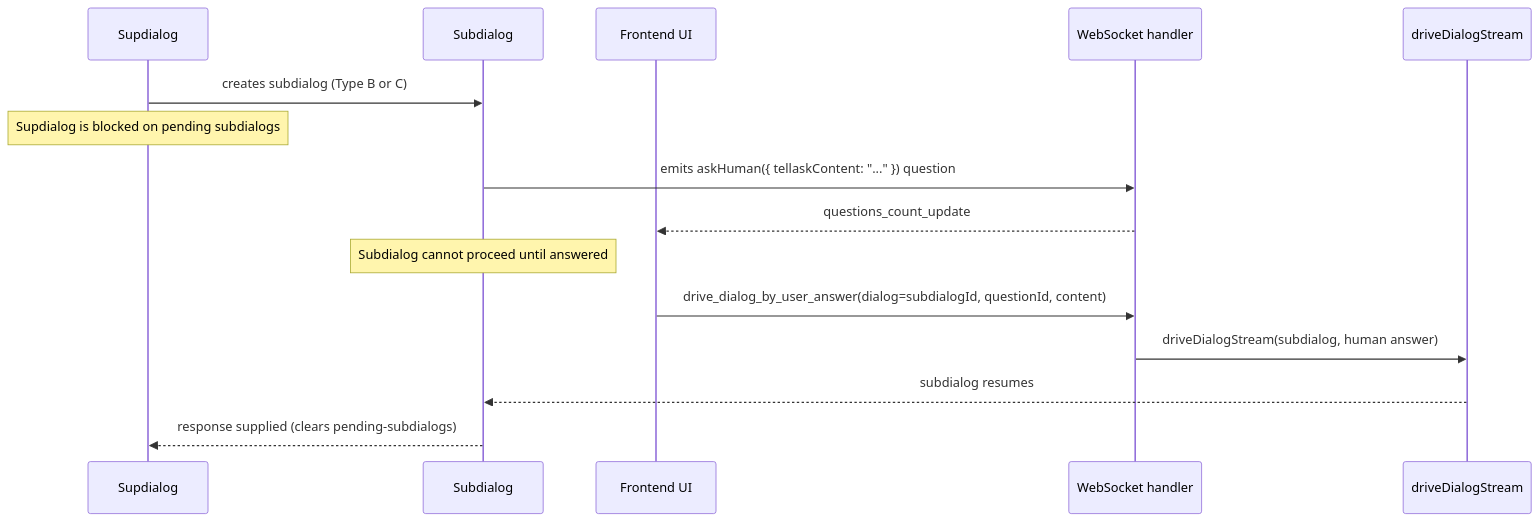
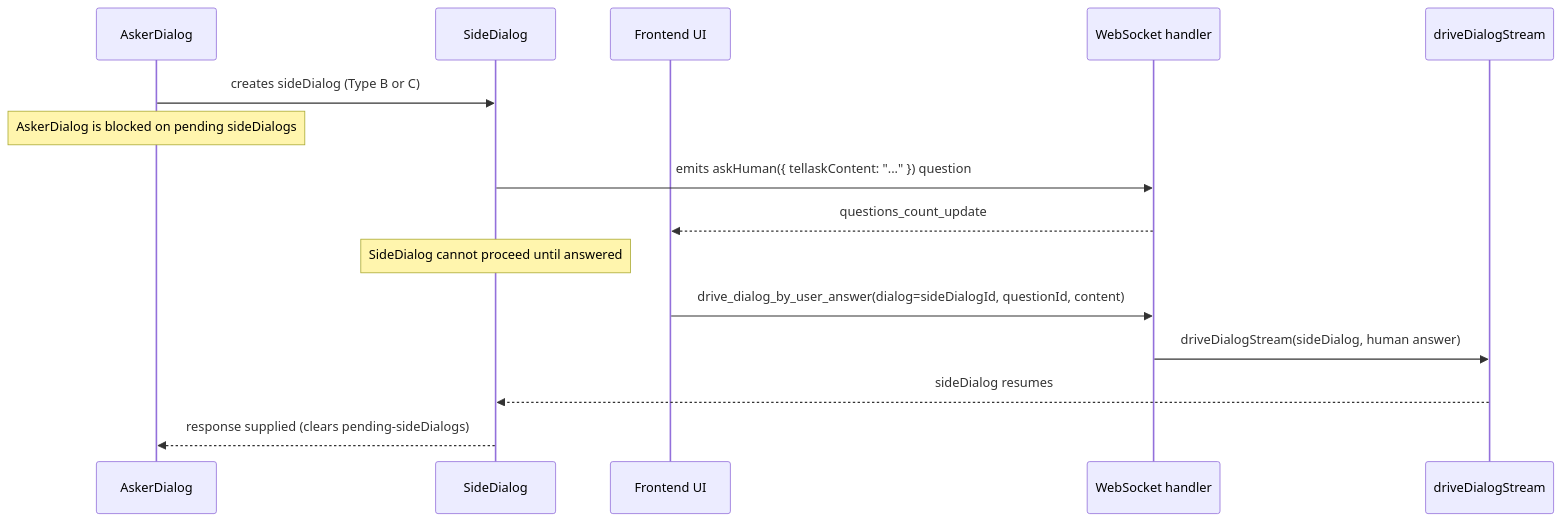
The fourth of 18 diagrams in docs/dialog-system.md (longrun-ai/dominds), drawn with Mermaid before and after one commit. The commit also changed other lines of this file and 195 other files, not shown here.

````diff
--- a/docs/dialog-system.md
+++ b/docs/dialog-system.md
@@ -658,20 +658,20 @@
 ```mermaid
 sequenceDiagram
-  participant Sup as Supdialog
-  participant Sub as Subdialog
+  participant Asker as AskerDialog
+  participant Side as SideDialog
   participant UI as Frontend UI
   participant WS as WebSocket handler
   participant Driver as driveDialogStream
 
-  Sup->>Sub: creates subdialog (Type B or C)
-  Note over Sup: Supdialog is blocked on pending subdialogs
+  Asker->>Side: creates sideDialog (Type B or C)
+  Note over Asker: AskerDialog is blocked on pending sideDialogs
 
-  Sub->>WS: emits askHuman({ tellaskContent: "..." }) question
+  Side->>WS: emits askHuman({ tellaskContent: "..." }) question
   WS-->>UI: questions_count_update
-  Note over Sub: Subdialog cannot proceed until answered
+  Note over Side: SideDialog cannot proceed until answered
 
-  UI->>WS: drive_dialog_by_user_answer(dialog=subdialogId, questionId, content)
-  WS->>Driver: driveDialogStream(subdialog, human answer)
-  Driver-->>Sub: subdialog resumes
-  Sub-->>Sup: response supplied (clears pending-subdialogs)
+  UI->>WS: drive_dialog_by_user_answer(dialog=sideDialogId, questionId, content)
+  WS->>Driver: driveDialogStream(sideDialog, human answer)
+  Driver-->>Side: sideDialog resumes
+  Side-->>Asker: response supplied (clears pending-sideDialogs)
 ```
````
